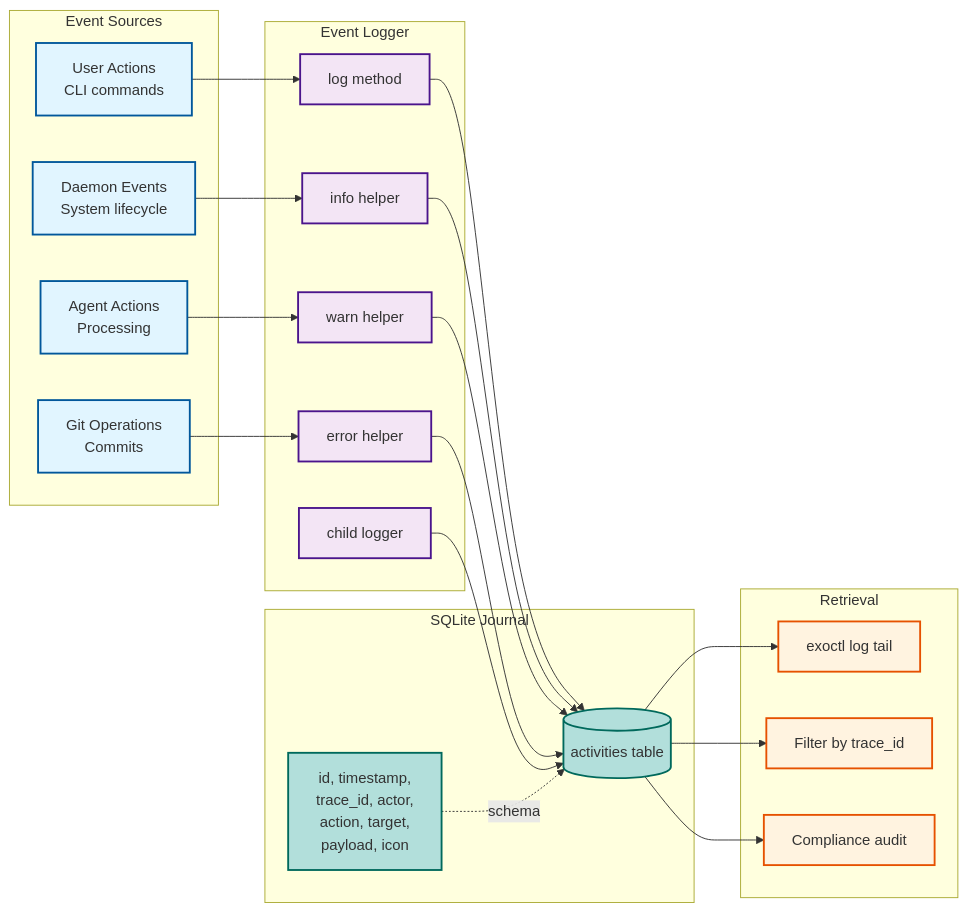
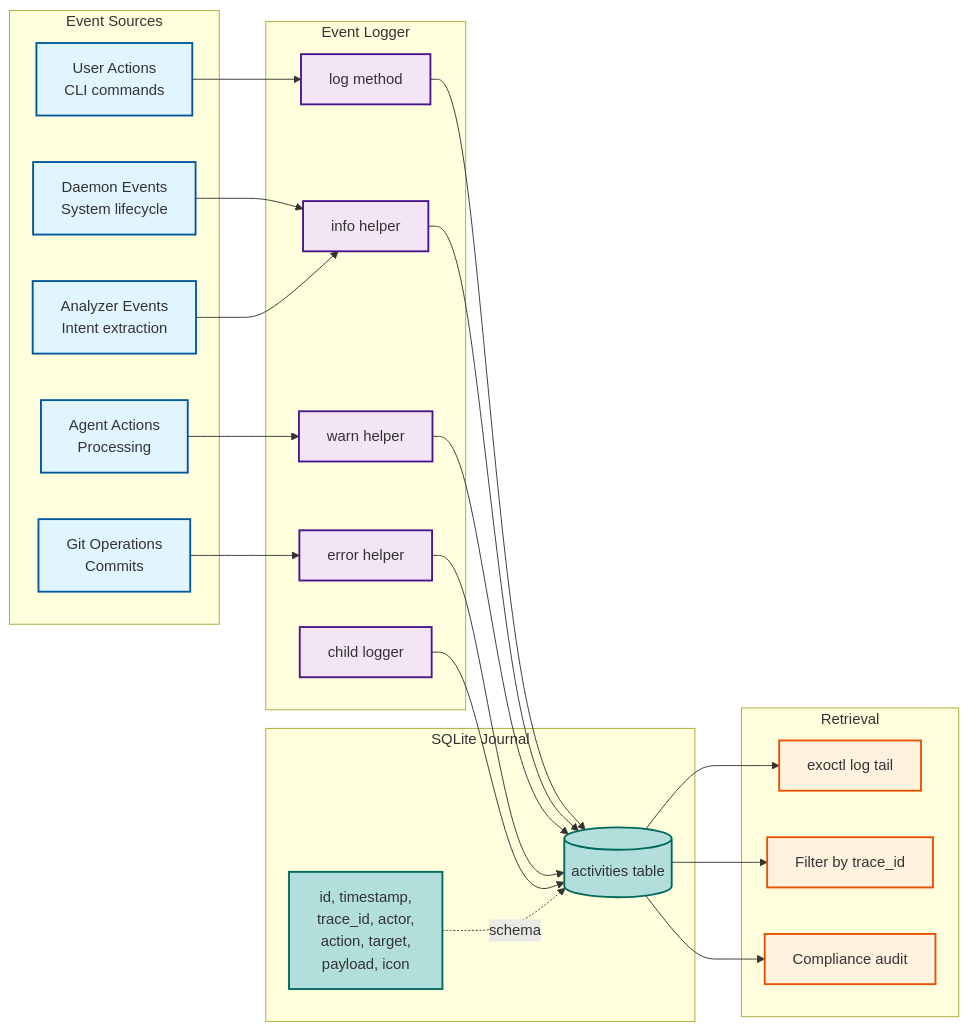
One commit to dostark/exaix-public changed diagram 15 of 17 in ARCHITECTURE.md. Above: the diagram before and after it, drawn with Mermaid. The commit also changed other lines of this file and 40 other files, not shown here.

````diff
--- a/ARCHITECTURE.md
+++ b/ARCHITECTURE.md
@@ -1282,55 +1308,57 @@
 ```mermaid
 graph LR
     subgraph Actors["Event Sources"]
         User[User Actions<br/>CLI commands]
         Daemon[Daemon Events<br/>System lifecycle]
         Agent[Agent Actions<br/>Processing]
+        Analyzer[Analyzer Events<br/>Intent extraction]
         Git[Git Operations<br/>Commits]
     end
 
     subgraph Logger["Event Logger"]
         Log[log method]
         Info[info helper]
         Warn[warn helper]
         Error[error helper]
         Child[child logger]
     end
 
     subgraph Database["SQLite Journal"]
         Table[(activities table)]
         Cols[id, timestamp,<br/>trace_id, actor,<br/>action, target,<br/>payload, icon]
     end
 
     subgraph Query["Retrieval"]
         CLI[exoctl log tail]
         Trace[Filter by trace_id]
         Audit[Compliance audit]
     end
 
     User --> Log
     Daemon --> Info
     Agent --> Warn
+    Analyzer --> Info
     Git --> Error
 
     Log --> Table
     Info --> Table
     Warn --> Table
     Error --> Table
     Child --> Table
 
     Table --> CLI
     Table --> Trace
     Table --> Audit
 
     Cols -.schema.-> Table
 
     classDef source fill:#e1f5ff,stroke:#01579b,stroke-width:2px
     classDef logger fill:#f3e5f5,stroke:#4a148c,stroke-width:2px
     classDef db fill:#b2dfdb,stroke:#00695c,stroke-width:2px
     classDef query fill:#fff3e0,stroke:#e65100,stroke-width:2px
 
-    class User,Daemon,Agent,Git source
+    class User,Daemon,Agent,Analyzer,Git source
     class Log,Info,Warn,Error,Child logger
     class Table,Cols db
     class CLI,Trace,Audit query
 ```
````
